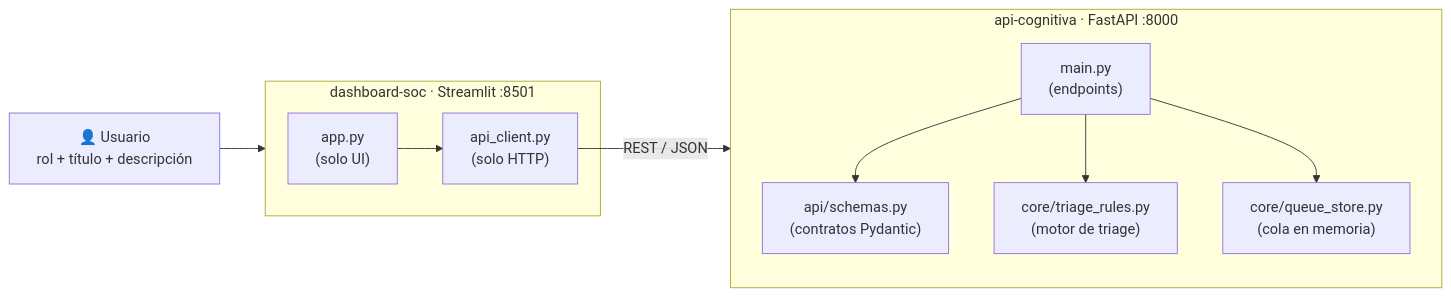
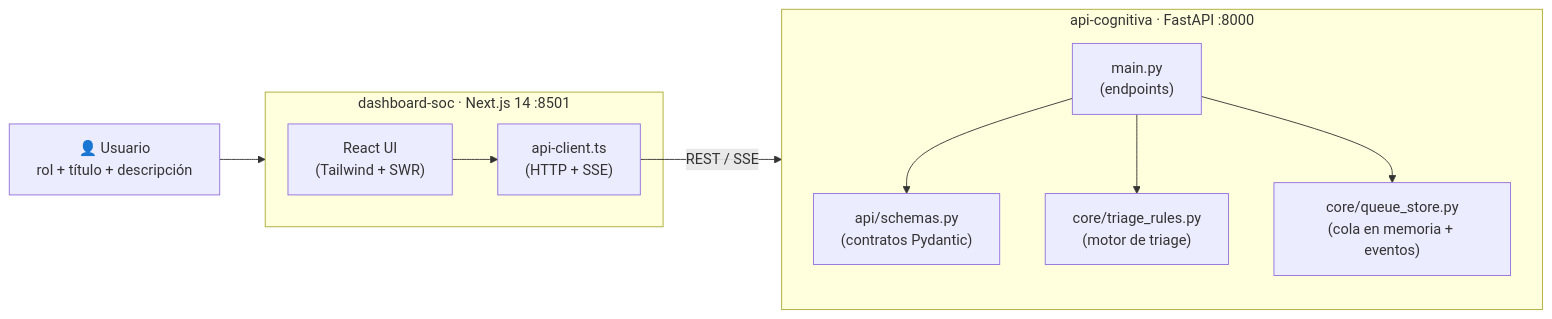
The diagram in README.md (AnotherCreatorAnonymous/semantic-ticket-triage), drawn with Mermaid before and after one commit. The commit also changed other lines of this file and 60 other files, not shown here.

````diff
--- a/README.md
+++ b/README.md
@@ -30,13 +30,13 @@
 ```mermaid
 flowchart LR
     U["👤 Usuario<br/>rol + título + descripción"] --> F
-    subgraph F["dashboard-soc · Streamlit :8501"]
-        APP["app.py<br/>(solo UI)"] --> CLI["api_client.py<br/>(solo HTTP)"]
+    subgraph F["dashboard-soc · Next.js 14 :8501"]
+        APP["React UI<br/>(Tailwind + SWR)"] --> CLI["api-client.ts<br/>(HTTP + SSE)"]
     end
-    CLI -- "REST / JSON" --> B
+    CLI -- "REST / SSE" --> B
     subgraph B["api-cognitiva · FastAPI :8000"]
         MAIN["main.py<br/>(endpoints)"] --> SCH["api/schemas.py<br/>(contratos Pydantic)"]
         MAIN --> RULES["core/triage_rules.py<br/>(motor de triage)"]
-        MAIN --> Q["core/queue_store.py<br/>(cola en memoria)"]
+        MAIN --> Q["core/queue_store.py<br/>(cola en memoria + eventos)"]
     end
 ```
````
